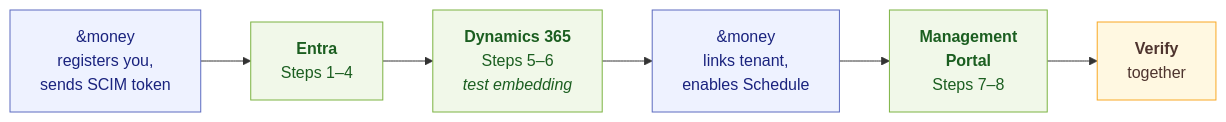
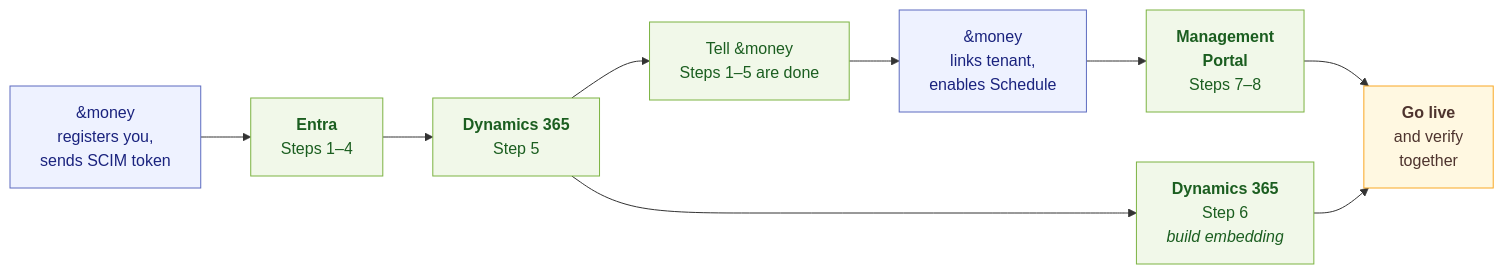
Before and after one commit to andmoneyaps/docs: the diagram in _schedule/onboarding/schedule-on-dynamics.md, drawn with Mermaid. The commit also changed other lines of this file, not shown here.

````diff
--- a/_schedule/onboarding/schedule-on-dynamics.md
+++ b/_schedule/onboarding/schedule-on-dynamics.md
@@ -39,18 +39,21 @@
 ```mermaid
 flowchart LR
     M1["#38;money<br/>registers you,<br/>sends SCIM token"]
     E["<b>Entra</b><br/>Steps 1–4"]
-    D1["<b>Dynamics 365</b><br/>Steps 5–6<br/><i>test embedding</i>"]
+    D5["<b>Dynamics 365</b><br/>Step 5"]
+    T["Tell #38;money<br/>Steps 1–5 are done"]
     M2["#38;money<br/>links tenant,<br/>enables Schedule"]
     P["<b>Management<br/>Portal</b><br/>Steps 7–8"]
-    V["<b>Verify</b><br/>together"]
+    D6["<b>Dynamics 365</b><br/>Step 6<br/><i>build embedding</i>"]
+    V["<b>Go live</b><br/>and verify<br/>together"]
 
-    M1 --> E --> D1 --> M2 --> P --> V
+    M1 --> E --> D5 --> T --> M2 --> P --> V
+    D5 --> D6 --> V
 
     classDef money fill:#eef2ff,stroke:#5c6bc0,color:#1a237e
     classDef you fill:#f1f8e9,stroke:#7cb342,color:#1b5e20
     classDef together fill:#fff8e1,stroke:#f9a825,color:#4e342e
     class M1,M2 money
-    class E,D1,P you
+    class E,D5,T,P,D6 you
     class V together
 ```
````
